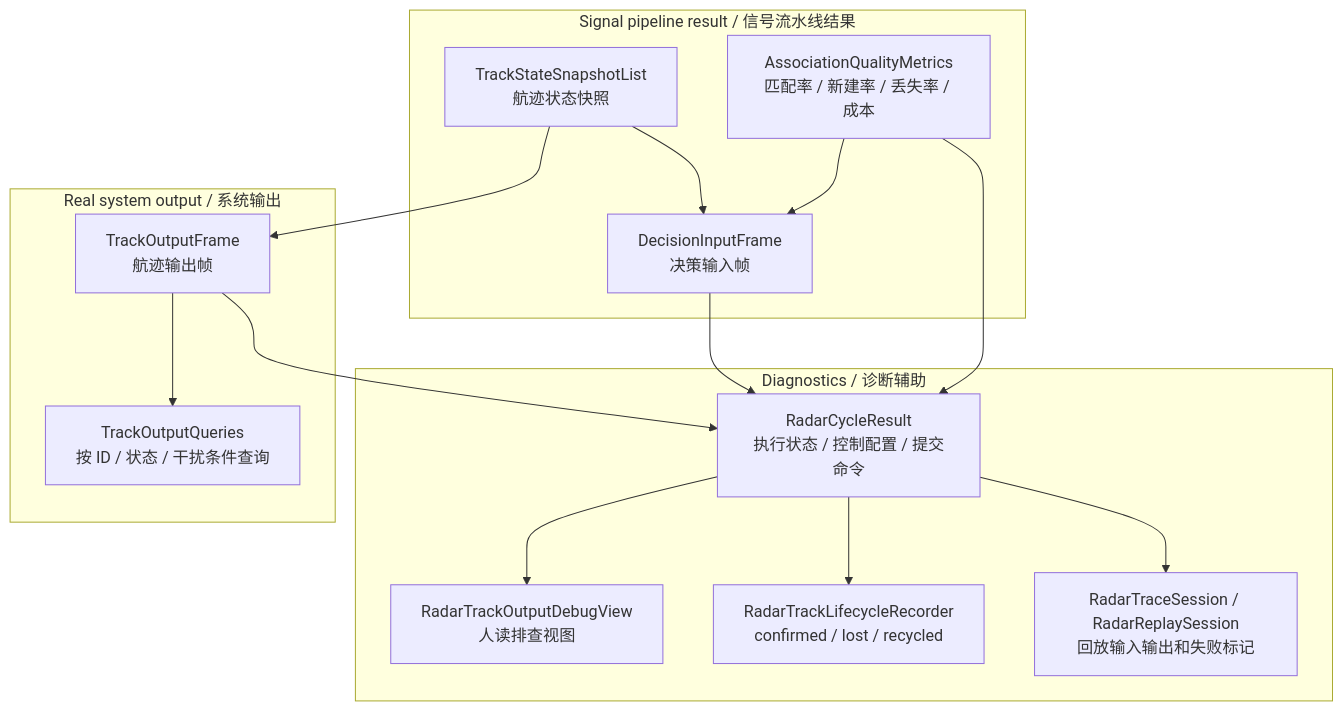
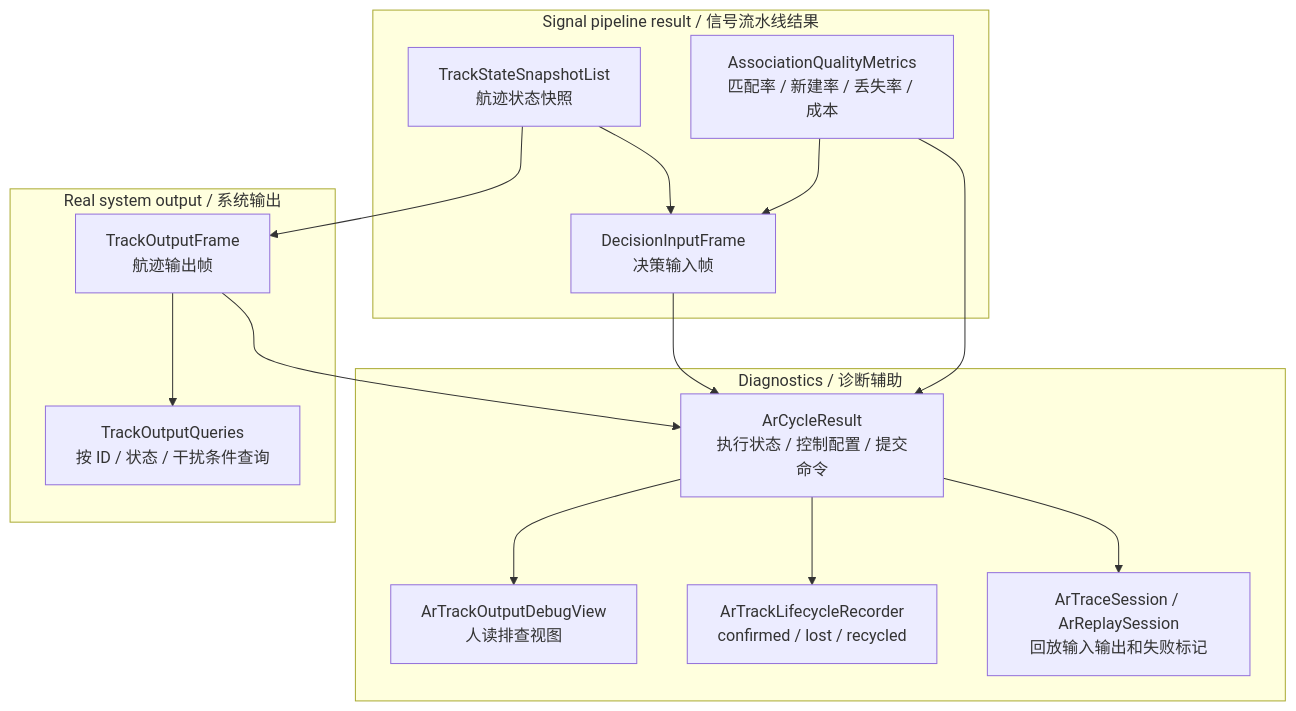
The fourth of 4 diagrams in docs/airborne_radar/design.md (boilwater-3/1q), drawn with Mermaid before and after one commit. The commit also changed other lines of this file and 40 other files, not shown here.

````diff
--- a/docs/airborne_radar/design.md
+++ b/docs/airborne_radar/design.md
@@ -254,31 +256,31 @@
 ```mermaid
 flowchart TB
   subgraph Pipeline["Signal pipeline result / 信号流水线结果"]
     Tracks["TrackStateSnapshotList\n航迹状态快照"]
     Metrics["AssociationQualityMetrics\n匹配率 / 新建率 / 丢失率 / 成本"]
     DecisionFrame["DecisionInputFrame\n决策输入帧"]
   end
 
   subgraph RealOutput["Real system output / 系统输出"]
     Frame["TrackOutputFrame\n航迹输出帧"]
     Queries["TrackOutputQueries\n按 ID / 状态 / 干扰条件查询"]
   end
 
   subgraph Diagnostics["Diagnostics / 诊断辅助"]
-    Result["RadarCycleResult\n执行状态 / 控制配置 / 提交命令"]
-    Debug["RadarTrackOutputDebugView\n人读排查视图"]
-    Lifecycle["RadarTrackLifecycleRecorder\nconfirmed / lost / recycled"]
-    Replay["RadarTraceSession / RadarReplaySession\n回放输入输出和失败标记"]
+    Result["ArCycleResult\n执行状态 / 控制配置 / 提交命令"]
+    Debug["ArTrackOutputDebugView\n人读排查视图"]
+    Lifecycle["ArTrackLifecycleRecorder\nconfirmed / lost / recycled"]
+    Replay["ArTraceSession / ArReplaySession\n回放输入输出和失败标记"]
   end
 
   Tracks --> Frame
   Frame --> Queries
   Tracks --> DecisionFrame
   Metrics --> DecisionFrame
   Metrics --> Result
   Frame --> Result
   DecisionFrame --> Result
   Result --> Debug
   Result --> Lifecycle
   Result --> Replay
 ```
````
